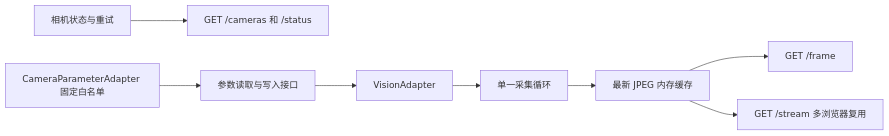
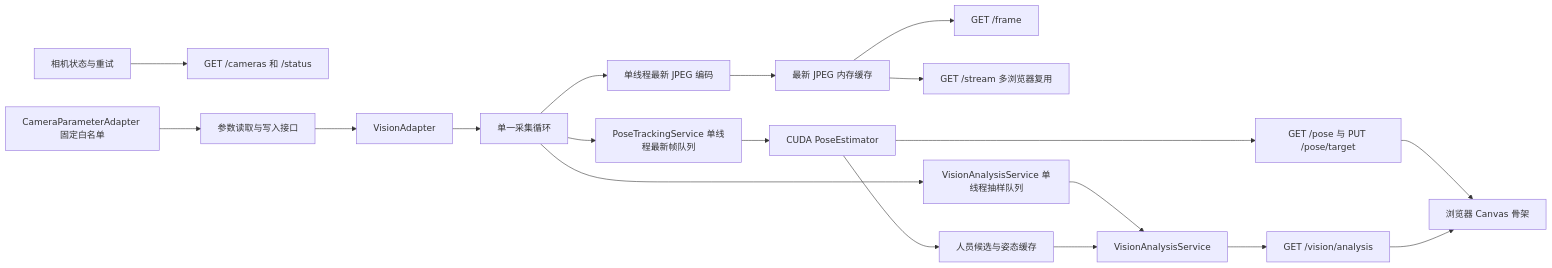
The second of 3 diagrams in docs/architecture.md (MelodyKnit/robootic), drawn with Mermaid before and after one commit. The commit also changed other lines of this file and 80 other files, not shown here.

Commit message:
feat: add pose vision preview and JAKA telemetry

````diff
--- a/docs/architecture.md
+++ b/docs/architecture.md
@@ -26,10 +26,21 @@
 ```mermaid
 flowchart LR
     Camera[VisionAdapter] --> Loop[单一采集循环]
-    Loop --> Cache[最新 JPEG 内存缓存]
+    Loop --> Encoder[单线程最新 JPEG 编码]
+    Encoder --> Cache[最新 JPEG 内存缓存]
     Cache --> Snapshot[GET /frame]
     Cache --> Stream[GET /stream 多浏览器复用]
     Status[相机状态与重试] --> Api[GET /cameras 和 /status]
     Parameters[CameraParameterAdapter 固定白名单] --> Controls[参数读取与写入接口]
     Controls --> Camera
+    Loop --> Pose[PoseTrackingService 单线程最新帧队列]
+    Loop --> Quality[VisionAnalysisService 单线程抽样队列]
+    Pose --> Inference[CUDA PoseEstimator]
+    Inference --> Candidates[人员候选与姿态缓存]
+    Quality --> Analysis[VisionAnalysisService]
+    Candidates --> Analysis
+    Analysis --> AnalysisApi[GET /vision/analysis]
+    Inference --> PoseApi[GET /pose 与 PUT /pose/target]
+    PoseApi --> Canvas[浏览器 Canvas 骨架]
+    AnalysisApi --> Canvas
 ```
````
